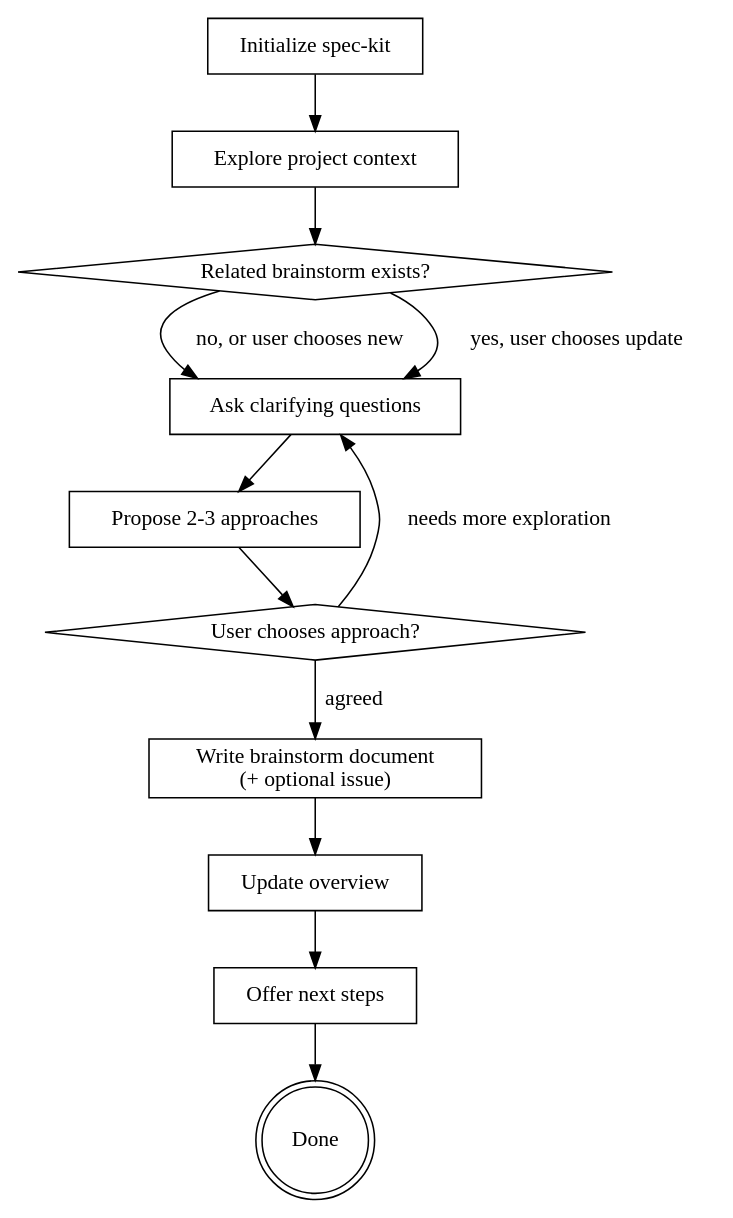
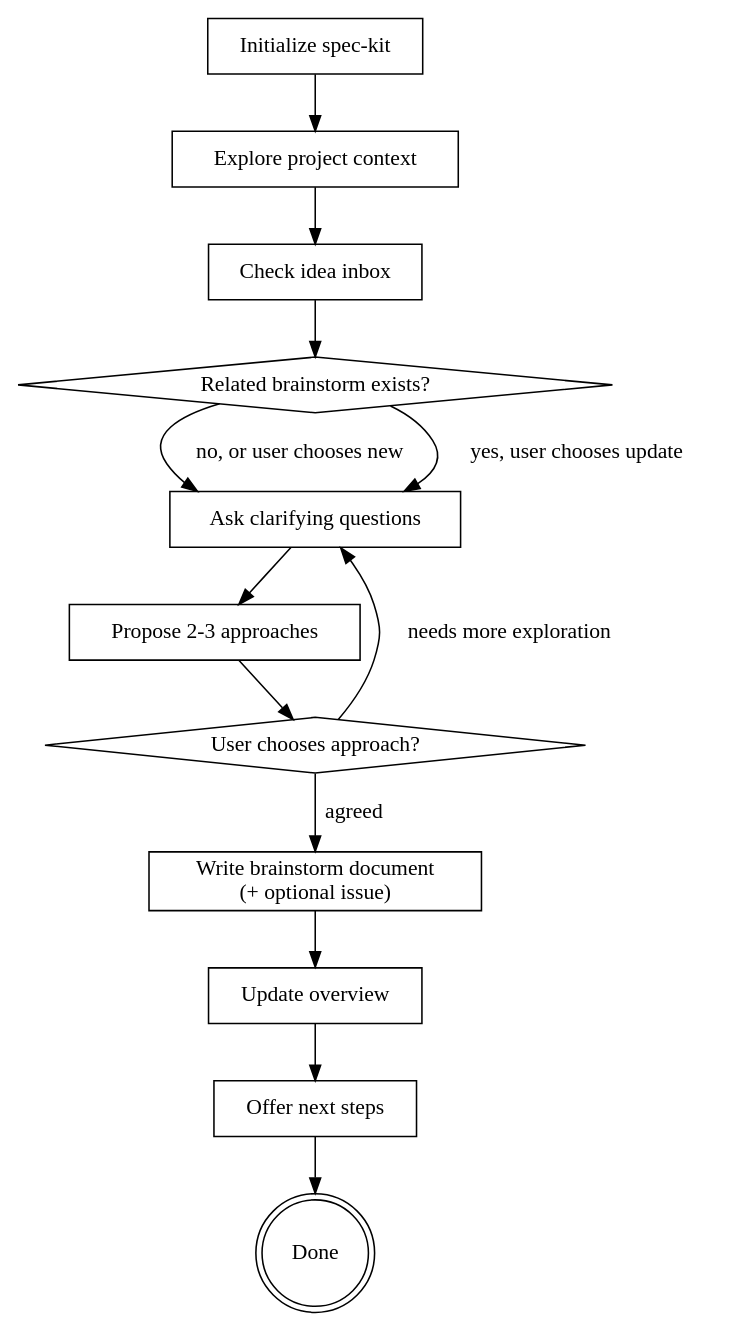
Before and after one commit to rhuss/cc-sdd: the diagram in spex/extensions/spex/commands/speckit.spex.brainstorm.md, drawn with Graphviz. The commit also changed other lines of this file, not shown here.

Commit message:
fix: update brainstorm diagram and revisit detection step reference
- Add "Check idea inbox" node to process flow diagram
- Fix revisit detection cross-reference from step 3 to step 4

````diff
--- a/spex/extensions/spex/commands/speckit.spex.brainstorm.md
+++ b/spex/extensions/spex/commands/speckit.spex.brainstorm.md
@@ -43,26 +43,28 @@
 ```dot
 digraph brainstorming {
     "Initialize spec-kit" [shape=box];
     "Explore project context" [shape=box];
+    "Check idea inbox" [shape=box];
     "Related brainstorm exists?" [shape=diamond];
     "Ask clarifying questions" [shape=box];
     "Propose 2-3 approaches" [shape=box];
     "User chooses approach?" [shape=diamond];
     "Write brainstorm document\n(+ optional issue)" [shape=box];
     "Update overview" [shape=box];
     "Offer next steps" [shape=box];
     "Done" [shape=doublecircle];
 
     "Initialize spec-kit" -> "Explore project context";
-    "Explore project context" -> "Related brainstorm exists?";
+    "Explore project context" -> "Check idea inbox";
+    "Check idea inbox" -> "Related brainstorm exists?";
     "Related brainstorm exists?" -> "Ask clarifying questions" [label="no, or user chooses new"];
     "Related brainstorm exists?" -> "Ask clarifying questions" [label="yes, user chooses update"];
     "Ask clarifying questions" -> "Propose 2-3 approaches";
     "Propose 2-3 approaches" -> "User chooses approach?";
     "User chooses approach?" -> "Ask clarifying questions" [label="needs more exploration"];
     "User chooses approach?" -> "Write brainstorm document\n(+ optional issue)" [label="agreed"];
     "Write brainstorm document\n(+ optional issue)" -> "Update overview";
     "Update overview" -> "Offer next steps";
     "Offer next steps" -> "Done";
 }
 ```
````
